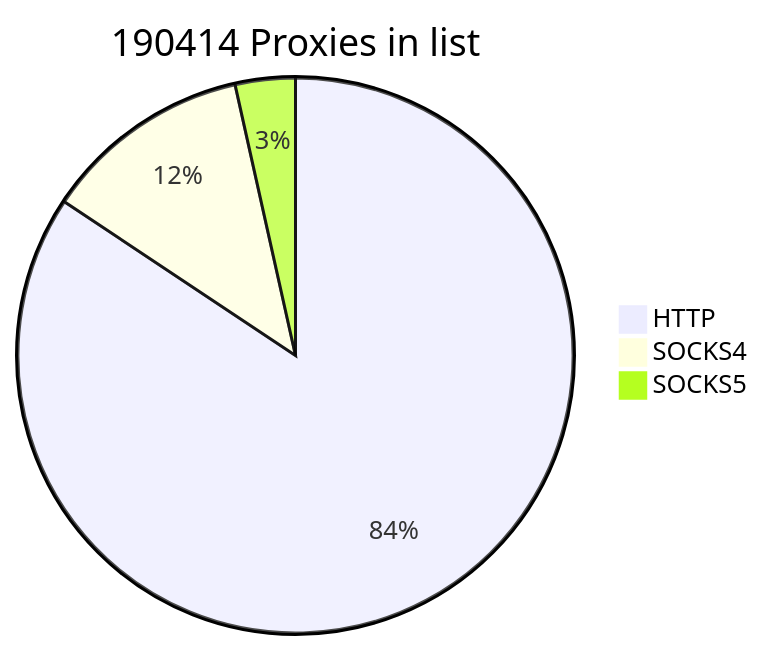
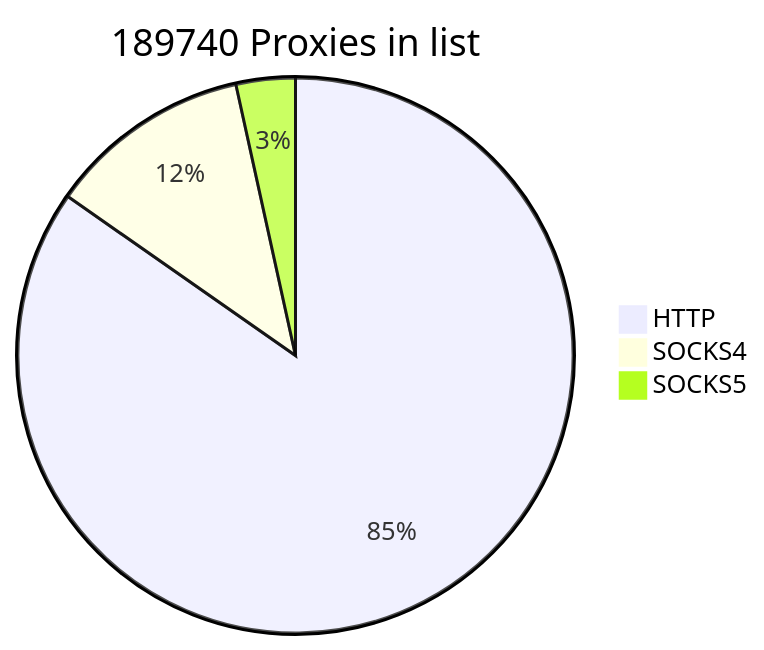
Before and after one commit to cutipu/proxylist: the first of 2 diagrams in README.md, drawn with Mermaid. The commit also changed other lines of this file, not shown here.

````diff
--- a/README.md
+++ b/README.md
@@ -2,7 +2,7 @@
 ```mermaid
-pie title 190414 Proxies in list
-    "HTTP" : 160604
-    "SOCKS4" : 23156
-    "SOCKS5" : 6654
+pie title 189740 Proxies in list
+    "HTTP" : 160719
+    "SOCKS4" : 22484
+    "SOCKS5" : 6537
             
 ```
````
